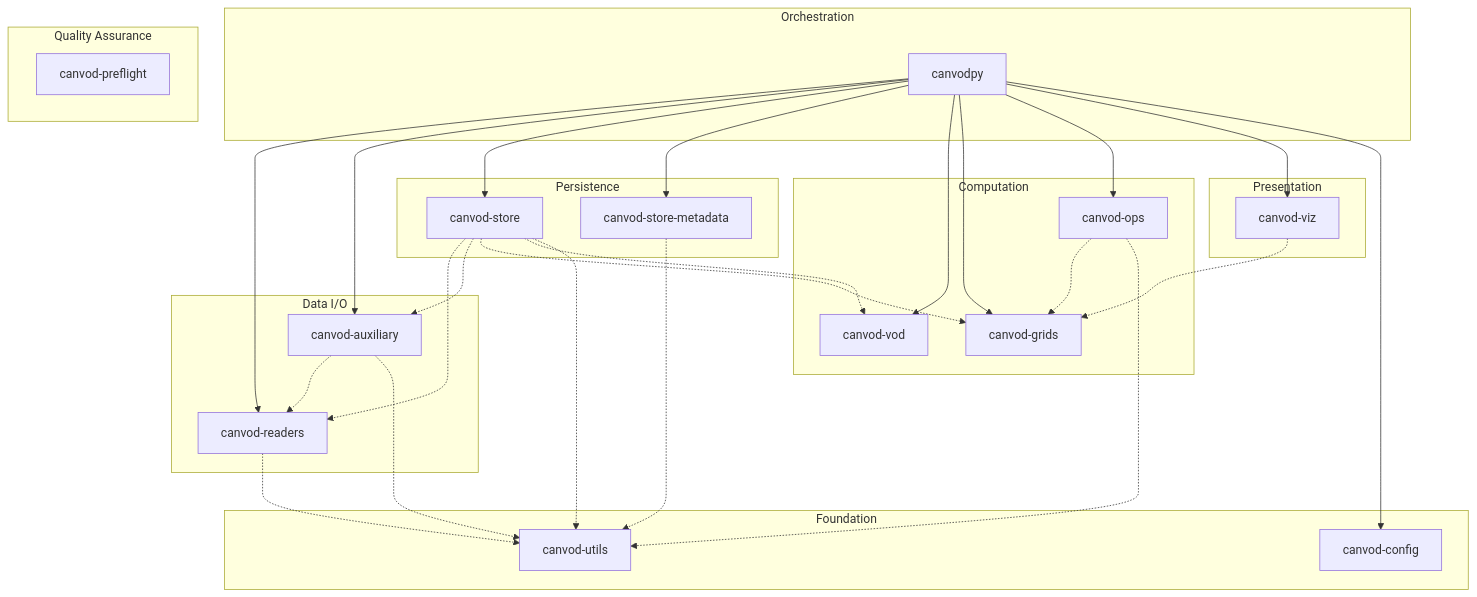
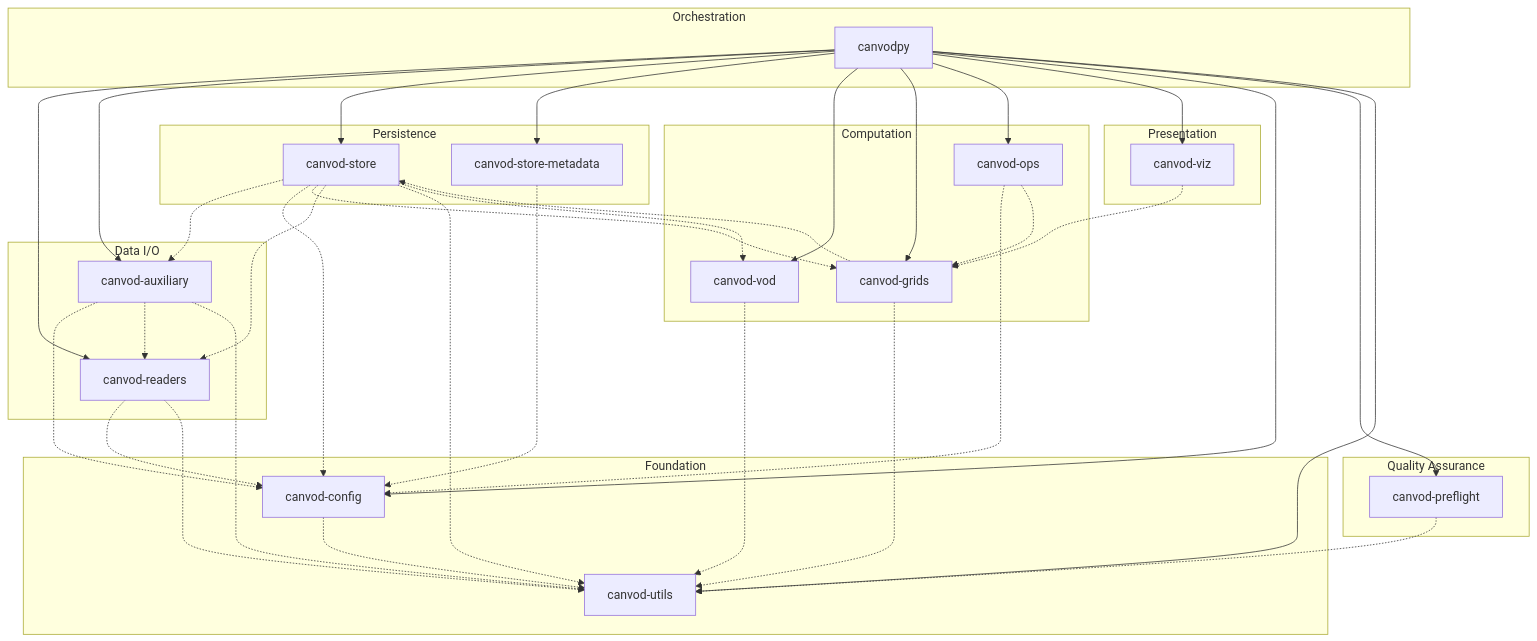
One commit to nfb2021/canvodpy changed the first of 2 diagrams in docs/architecture.md. Above: the diagram before and after it, drawn with Mermaid. The commit also changed other lines of this file and 7 other files, not shown here.

````diff
--- a/docs/architecture.md
+++ b/docs/architecture.md
@@ -35,53 +35,51 @@
 ```mermaid
 graph TD
     subgraph ORCHESTRATION["Orchestration"]
         CANVODPY["canvodpy"]
     end
 
     subgraph COMPUTE["Computation"]
         VOD["canvod-vod"]
         GRIDS["canvod-grids"]
         OPS["canvod-ops"]
     end
 
     subgraph STORE_LAYER["Persistence"]
         STORE["canvod-store"]
         STOREMETA["canvod-store-metadata"]
     end
 
     subgraph DATAIO["Data I/O"]
         READERS["canvod-readers"]
         AUX["canvod-auxiliary"]
     end
 
     subgraph PRESENT["Presentation"]
         VIZ["canvod-viz"]
     end
 
     subgraph QA["Quality Assurance"]
         PREFLIGHT["canvod-preflight"]
     end
 
     subgraph FOUNDATION["Foundation"]
         CONFIG["canvod-config"]
         UTILS["canvod-utils"]
     end
 
     CANVODPY --> READERS & AUX
     CANVODPY --> STORE & STOREMETA
     CANVODPY --> VOD & GRIDS & OPS & VIZ
-    CANVODPY --> CONFIG
+    CANVODPY --> CONFIG & PREFLIGHT & UTILS
 
-    READERS -.-> UTILS
-    AUX -.-> READERS
-    AUX -.-> UTILS
-    STORE -.-> READERS
-    STORE -.-> AUX
-    STORE -.-> GRIDS
-    STORE -.-> VOD
-    STORE -.-> UTILS
-    OPS -.-> GRIDS
-    OPS -.-> UTILS
+    READERS -.-> CONFIG & UTILS
+    AUX -.-> CONFIG & READERS & UTILS
+    STORE -.-> AUX & CONFIG & GRIDS & READERS & UTILS & VOD
+    GRIDS -.-> STORE & UTILS
+    OPS -.-> CONFIG & GRIDS
     VIZ -.-> GRIDS
-    STOREMETA -.-> UTILS
+    STOREMETA -.-> CONFIG
+    VOD -.-> UTILS
+    PREFLIGHT -.-> UTILS
+    CONFIG -.-> UTILS
 ```
````
